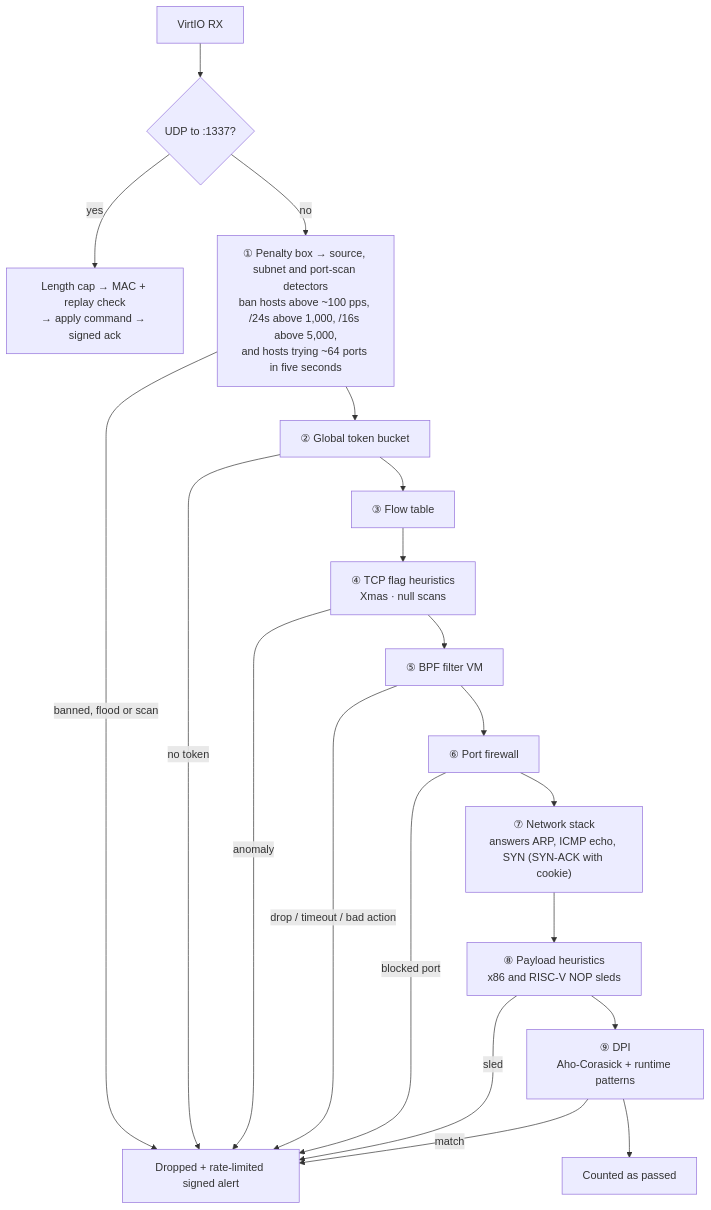
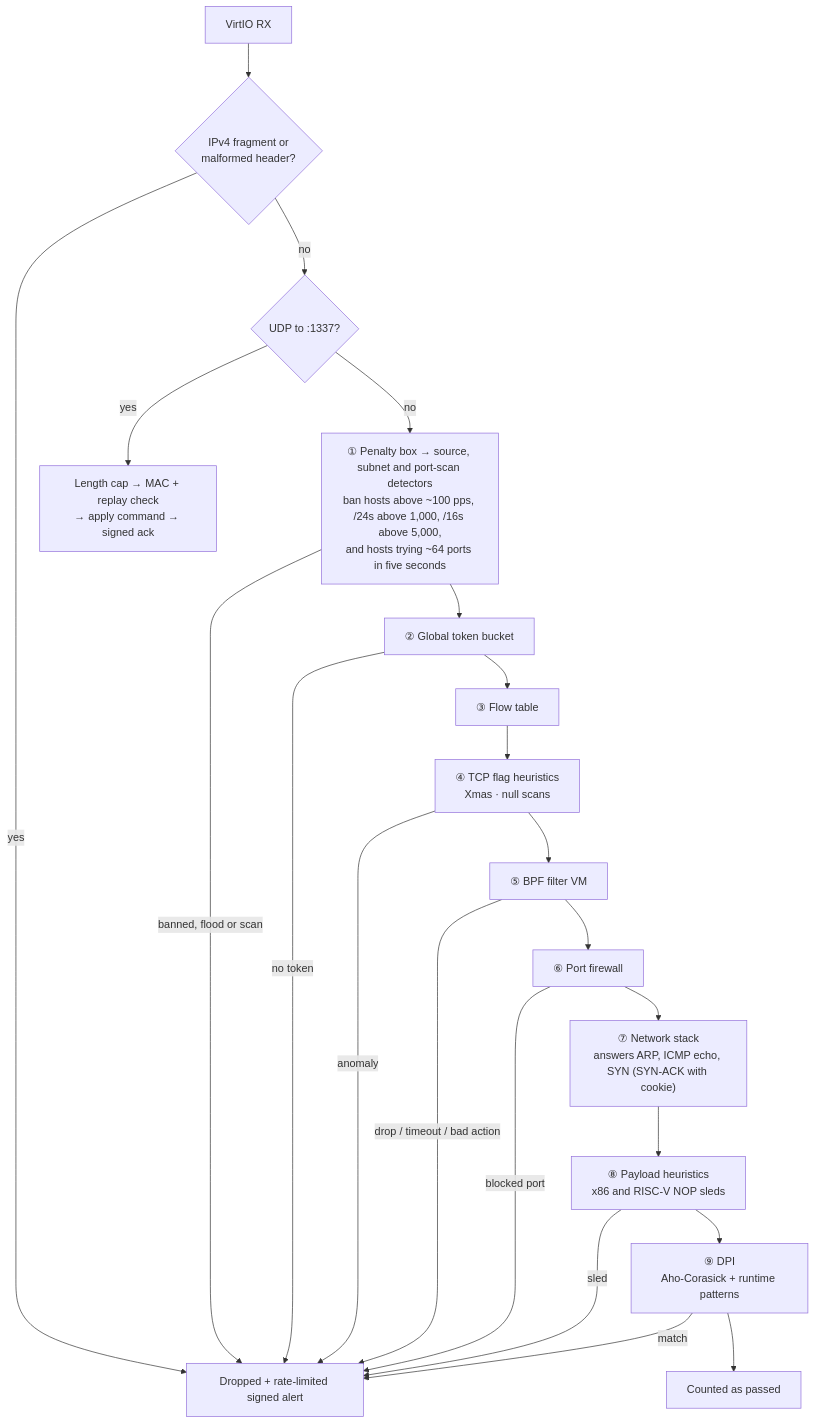
Before and after one commit to willmccallion/riscv-security-unikernel: the second of 2 diagrams in README.md, drawn with Mermaid. The commit also changed other lines of this file and 5 other files, not shown here.

First line of the commit message:
Drop IPv4 fragments and malformed IPv4 headers

````diff
--- a/README.md
+++ b/README.md
@@ -50,35 +50,38 @@
 ```mermaid
 flowchart TD
     RX["VirtIO RX"]
+    IP{"IPv4 fragment or<br/>malformed header?"}
     MG{"UDP to :1337?"}
     ML["Length cap → MAC + replay check<br/>→ apply command → signed ack"]
     PB["① Penalty box → source, subnet and port-scan detectors<br/>ban hosts above ~100 pps, /24s above 1,000, /16s above 5,000,<br/>and hosts trying ~64 ports in five seconds"]
     TB["② Global token bucket"]
     FT["③ Flow table"]
     TF["④ TCP flag heuristics<br/>Xmas · null scans"]
     BPF["⑤ BPF filter VM"]
     FW["⑥ Port firewall"]
     ST["⑦ Network stack<br/>answers ARP, ICMP echo, SYN (SYN-ACK with cookie)"]
     HP["⑧ Payload heuristics<br/>x86 and RISC-V NOP sleds"]
     DPI["⑨ DPI<br/>Aho-Corasick + runtime patterns"]
     PASS["Counted as passed"]
     DROP["Dropped + rate-limited signed alert"]
 
-    RX --> MG
+    RX --> IP
+    IP -->|yes| DROP
+    IP -->|no| MG
     MG -->|yes| ML
     MG -->|no| PB
     PB -->|banned, flood or scan| DROP
     PB --> TB
     TB -->|no token| DROP
     TB --> FT --> TF
     TF -->|anomaly| DROP
     TF --> BPF
     BPF -->|drop / timeout / bad action| DROP
     BPF --> FW
     FW -->|blocked port| DROP
     FW --> ST --> HP
     HP -->|sled| DROP
     HP --> DPI
     DPI -->|match| DROP
     DPI --> PASS
 ```
````
